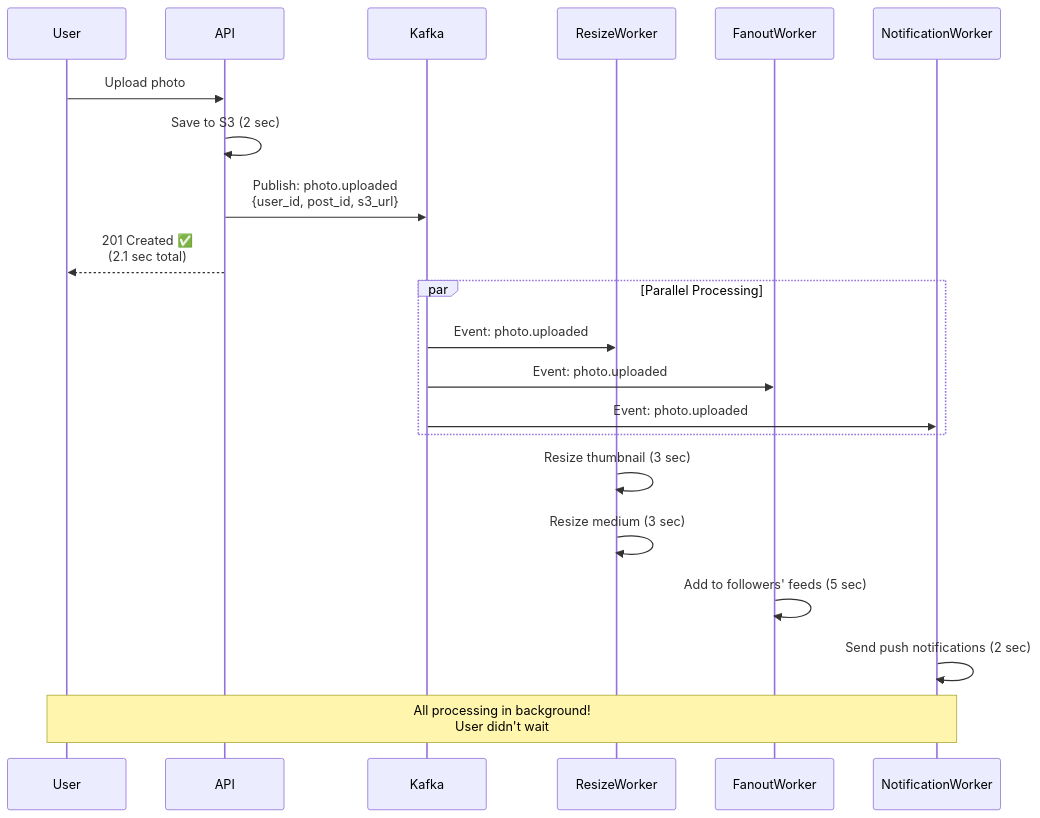
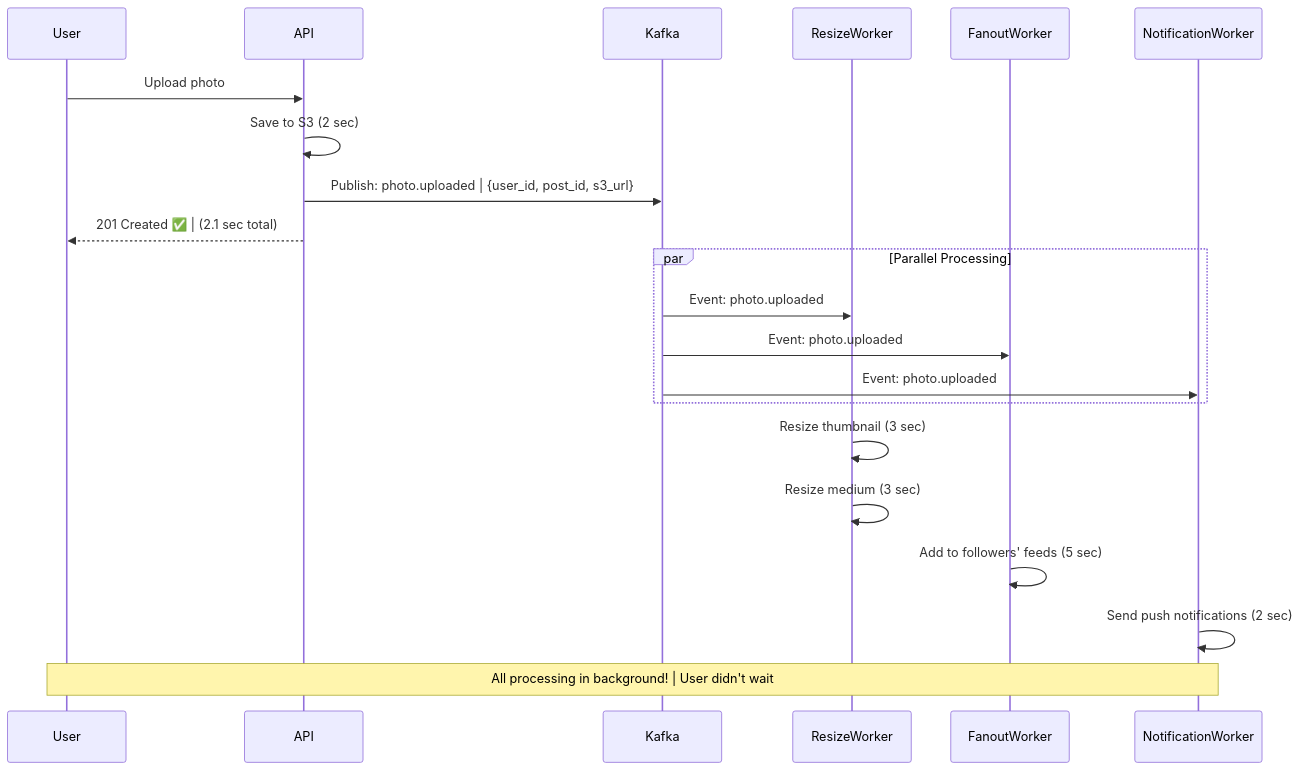
Before and after one commit to p1kmr/for-reading: the ninth of 11 diagrams in HLD/foundation/04_message-queues.md, drawn with Mermaid. The commit also changed other lines of this file and 14 other files, not shown here.

Commit message:
Fix Mermaid diagram syntax: Replace <br/> with <br> for GitHub compatibility

````diff
--- a/HLD/foundation/04_message-queues.md
+++ b/HLD/foundation/04_message-queues.md
@@ -351,32 +351,32 @@
 ```mermaid
 sequenceDiagram
     participant User
     participant API
     participant Kafka
     participant ResizeWorker
     participant FanoutWorker
     participant NotificationWorker
 
     User->>API: Upload photo
 
     API->>API: Save to S3 (2 sec)
 
-    API->>Kafka: Publish: photo.uploaded<br/>{user_id, post_id, s3_url}
+    API->>Kafka: Publish: photo.uploaded | {user_id, post_id, s3_url}
 
-    API-->>User: 201 Created ✅<br/>(2.1 sec total)
+    API-->>User: 201 Created ✅ | (2.1 sec total)
 
     par Parallel Processing
         Kafka->>ResizeWorker: Event: photo.uploaded
         Kafka->>FanoutWorker: Event: photo.uploaded
         Kafka->>NotificationWorker: Event: photo.uploaded
     end
 
     ResizeWorker->>ResizeWorker: Resize thumbnail (3 sec)
     ResizeWorker->>ResizeWorker: Resize medium (3 sec)
 
     FanoutWorker->>FanoutWorker: Add to followers' feeds (5 sec)
 
     NotificationWorker->>NotificationWorker: Send push notifications (2 sec)
 
-    Note over User,NotificationWorker: All processing in background!<br/>User didn't wait
+    Note over User,NotificationWorker: All processing in background! | User didn't wait
 ```
````
